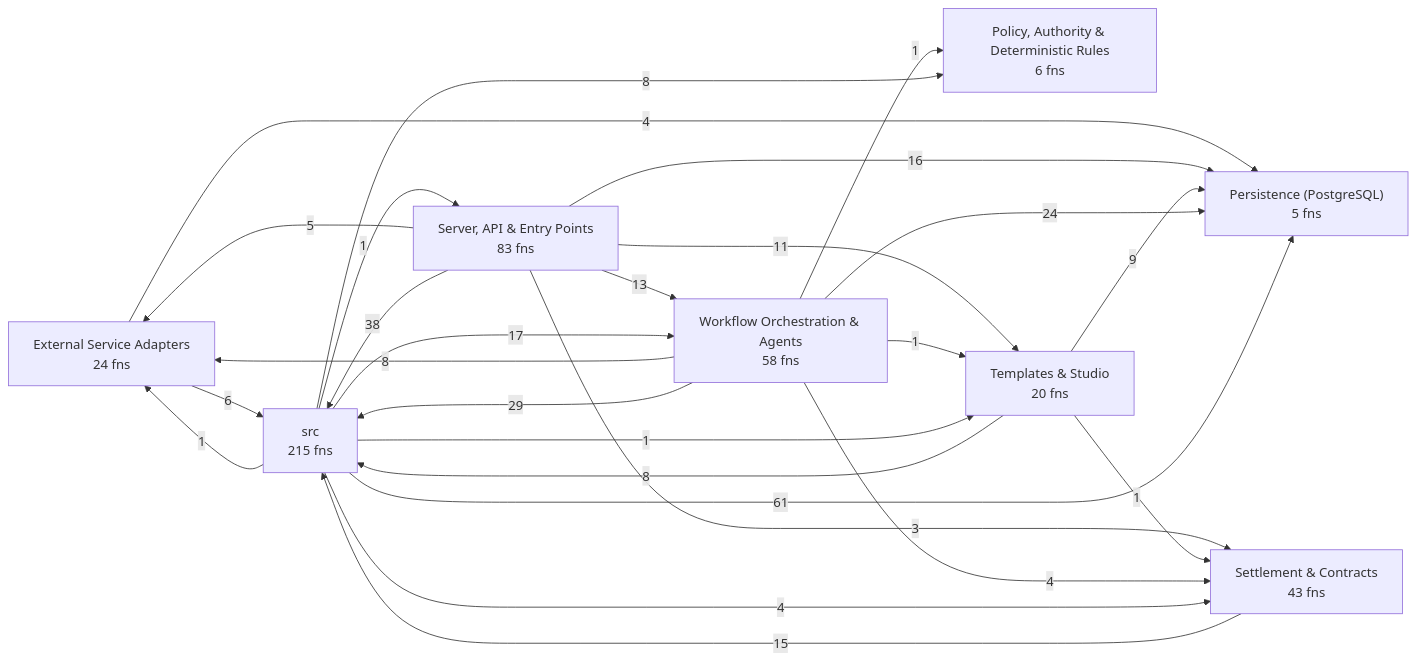
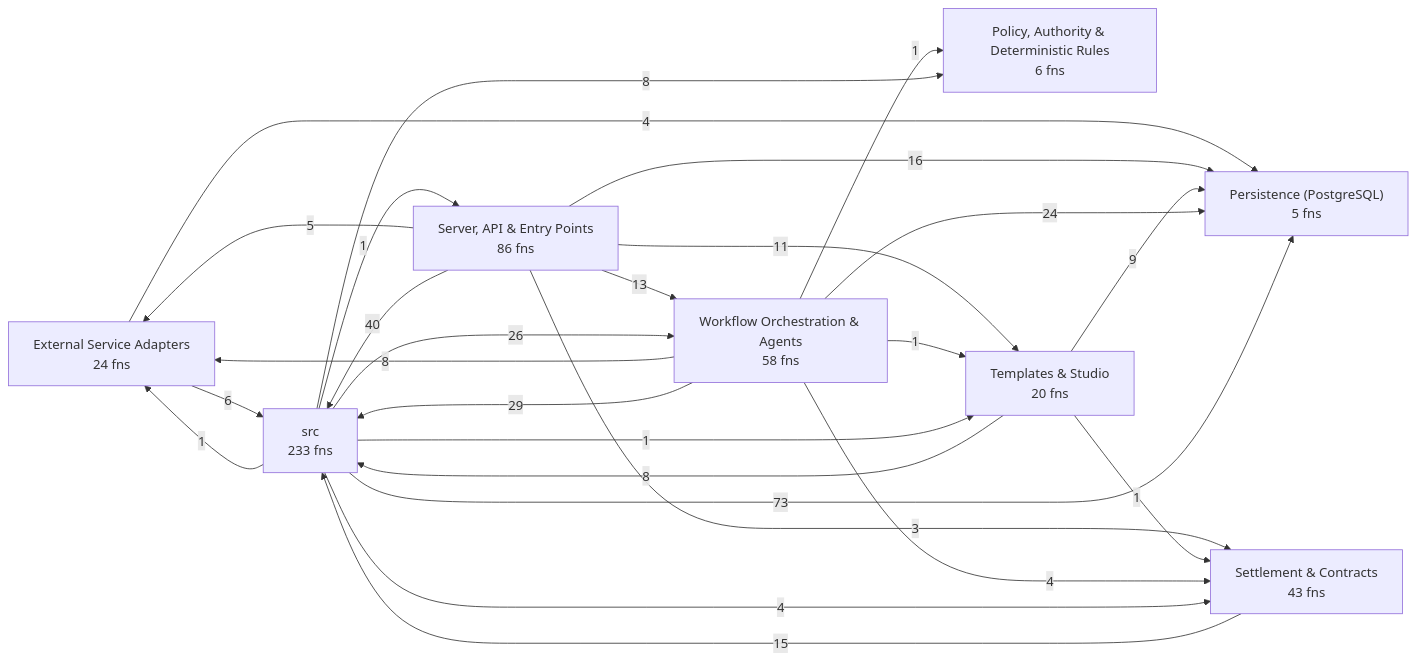
Before and after one commit to Jaydearcadian/bind: the first of 8 diagrams in docs/CODEBASE_MAP.md, drawn with Mermaid. The commit also changed other lines of this file and 14 other files, not shown here.

````diff
--- a/docs/CODEBASE_MAP.md
+++ b/docs/CODEBASE_MAP.md
@@ -12,36 +12,36 @@
 ```mermaid
 flowchart LR
   L0["External Service Adapters<br/>24 fns"]
   L1["Persistence (PostgreSQL)<br/>5 fns"]
   L2["Policy, Authority & Deterministic Rules<br/>6 fns"]
-  L3["Server, API & Entry Points<br/>83 fns"]
+  L3["Server, API & Entry Points<br/>86 fns"]
   L4["Settlement & Contracts<br/>43 fns"]
   L5["Templates & Studio<br/>20 fns"]
   L6["Workflow Orchestration & Agents<br/>58 fns"]
-  L7["src<br/>215 fns"]
+  L7["src<br/>233 fns"]
   L0 -->|4| L1
   L0 -->|6| L7
   L3 -->|5| L0
   L3 -->|16| L1
   L3 -->|3| L4
   L3 -->|11| L5
   L3 -->|13| L6
-  L3 -->|38| L7
+  L3 -->|40| L7
   L4 -->|15| L7
   L5 -->|9| L1
   L5 -->|1| L4
   L5 -->|8| L7
   L6 -->|8| L0
   L6 -->|24| L1
   L6 -->|1| L2
   L6 -->|4| L4
   L6 -->|1| L5
   L6 -->|29| L7
   L7 -->|1| L0
-  L7 -->|61| L1
+  L7 -->|73| L1
   L7 -->|8| L2
   L7 -->|1| L3
   L7 -->|4| L4
   L7 -->|1| L5
-  L7 -->|17| L6
+  L7 -->|26| L6
 ```
````
